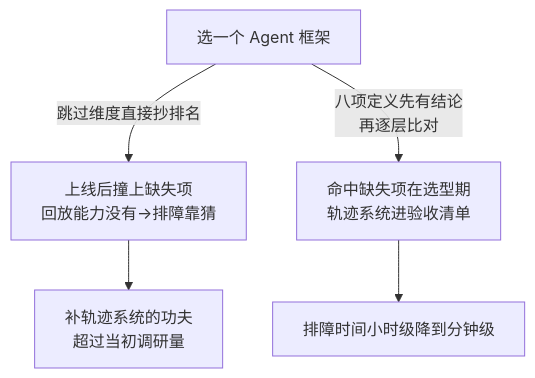
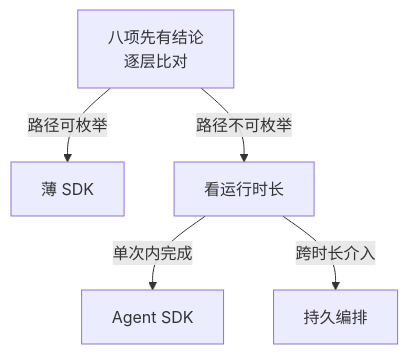
One commit to hub138/technical-knowledge changed the second of 2 diagrams in vault/工程知识/AI 系统工程：从模型能力到生产能力/生态与选型/Agent系统选型不是框架排名.md. Above: the diagram before and after it, drawn with Mermaid. The commit also changed other lines of this file and 622 other files, not shown here.

````diff
--- a/vault/工程知识/AI 系统工程：从模型能力到生产能力/生态与选型/Agent系统选型不是框架排名.md
+++ b/vault/工程知识/AI 系统工程：从模型能力到生产能力/生态与选型/Agent系统选型不是框架排名.md
@@ -104,7 +79,7 @@
 ```mermaid
-graph TD
-    S["选一个 Agent 框架"] -->|"跳过维度直接抄排名"| A["上线后撞上缺失项<br/>回放能力没有→排障靠猜"]
-    S -->|"八项定义先有结论<br/>再逐层比对"| B["命中缺失项在选型期<br/>轨迹系统进验收清单"]
-    A --> C["补轨迹系统的功夫<br/>超过当初调研量"]
-    B --> D["排障时间小时级降到分钟级"]
+flowchart TB
+    t["八项先有结论<br/>逐层比对"] -->|"路径可枚举"| a["薄 SDK"]
+    t -->|"路径不可枚举"| q2["看运行时长"]
+    q2 -->|"单次内完成"| b["Agent SDK"]
+    q2 -->|"跨时长介入"| c["持久编排"]
 ```
````
